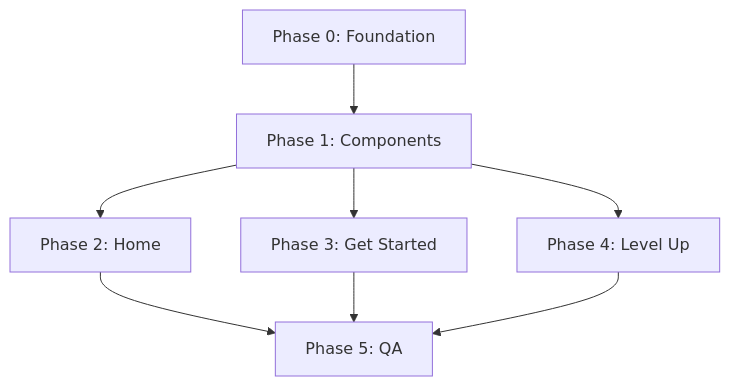
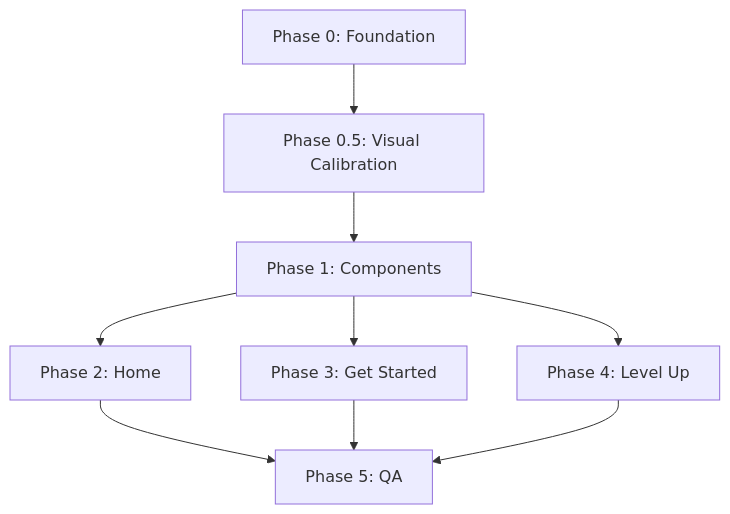
The diagram in docs/implementation-plan.md (nzach123/GCS), drawn with Mermaid before and after one commit. The commit also changed other lines of this file and 1 other file, not shown here.

First line of the commit message:
Docs: add visual-calibration and hero tokens

````diff
--- a/docs/implementation-plan.md
+++ b/docs/implementation-plan.md
@@ -429,10 +529,11 @@
 ```mermaid
 graph TD
-    P0["Phase 0: Foundation"] --> P1["Phase 1: Components"]
+    P0["Phase 0: Foundation"] --> P05["Phase 0.5: Visual Calibration"]
+    P05 --> P1["Phase 1: Components"]
     P1 --> P2["Phase 2: Home"]
     P1 --> P3["Phase 3: Get Started"]
     P1 --> P4["Phase 4: Level Up"]
     P2 --> P5["Phase 5: QA"]
     P3 --> P5
     P4 --> P5
 ```
````
